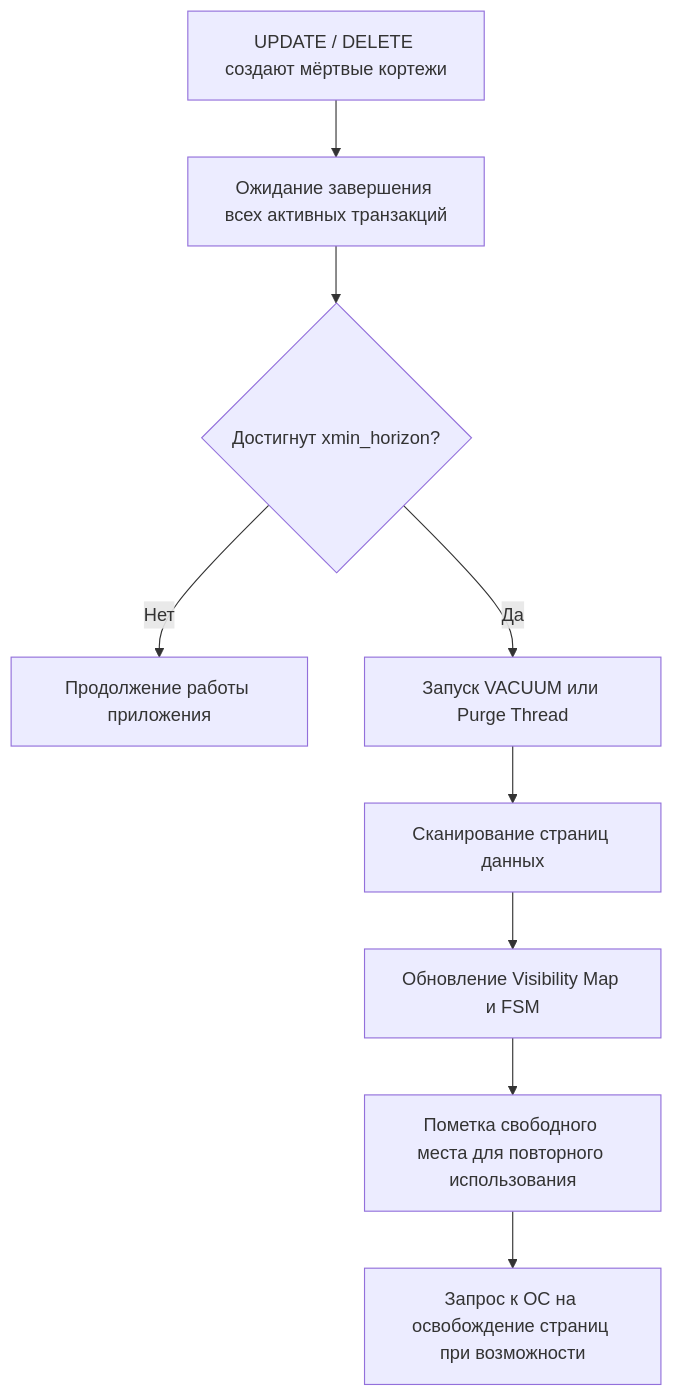
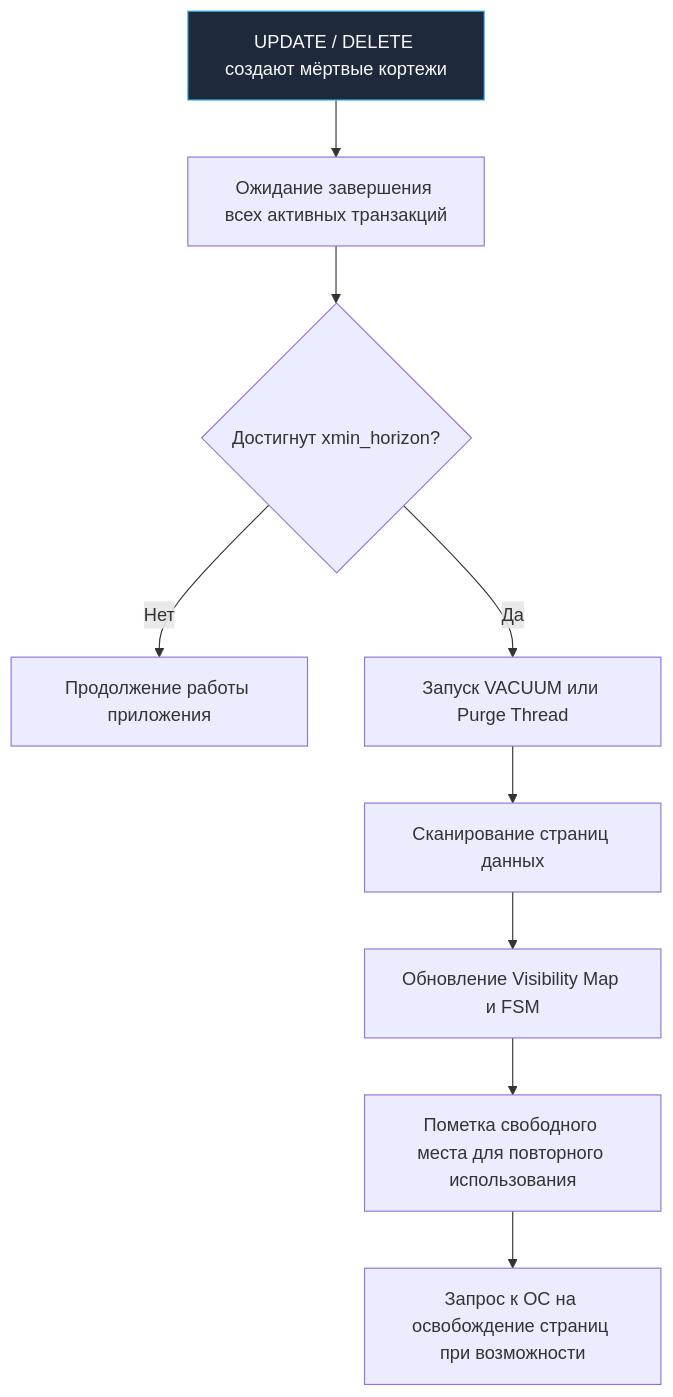
The diagram in sources/12. Базы данных/05. Транзакции и внутренности/11. VACUUM и garbage collection.md (UnrealTemplier/go-textbook), drawn with Mermaid before and after one commit. The commit also changed 1666 other files, not shown here.

First line of the commit message:
feat(mermaid): add semantic color classDef to 1369 colorless flowchart/graph diagrams

````diff
--- a/sources/12. Базы данных/05. Транзакции и внутренности/11. VACUUM и garbage collection.md
+++ b/sources/12. Базы данных/05. Транзакции и внутренности/11. VACUUM и garbage collection.md
@@ -12,11 +12,21 @@
 ```mermaid
 flowchart TD
-    A["UPDATE / DELETE создают мёртвые кортежи"] --> B["Ожидание завершения всех активных транзакций"]
+    classDef process  fill:#1e293b,stroke:#38bdf8,stroke-width:1px,color:#f8fafc
+    classDef success  fill:#064e3b,stroke:#34d399,stroke-width:1px,color:#f8fafc
+    classDef error    fill:#7f1d1d,stroke:#f87171,stroke-width:1px,color:#f8fafc
+    classDef warning  fill:#78350f,stroke:#fbbf24,stroke-width:1px,color:#f8fafc
+    classDef entry    fill:#1e3a5f,stroke:#38bdf8,stroke-width:2px,color:#f8fafc
+    classDef aux      fill:#334155,stroke:#64748b,stroke-width:1px,color:#f8fafc
+    classDef system   fill:#312e81,stroke:#a78bfa,stroke-width:1px,color:#f8fafc
+    classDef data     fill:#132d29,stroke:#2dd4bf,stroke-width:1px,color:#f8fafc
+    classDef network  fill:#881337,stroke:#fb7185,stroke-width:1px,color:#f8fafc
+    classDef accent   fill:#1e1b4b,stroke:#818cf8,stroke-width:1px,color:#f8fafc
+    A["UPDATE / DELETE создают мёртвые кортежи"]:::process --> B["Ожидание завершения всех активных транзакций"]
     B --> C{"Достигнут xmin_horizon?"}
     C -->|Нет| D["Продолжение работы приложения"]
     C -->|Да| E["Запуск VACUUM или Purge Thread"]
     E --> F["Сканирование страниц данных"]
     F --> G["Обновление Visibility Map и FSM"]
     G --> H["Пометка свободного места для повторного использования"]
     H --> I["Запрос к ОС на освобождение страниц при возможности"]
 ```
````
